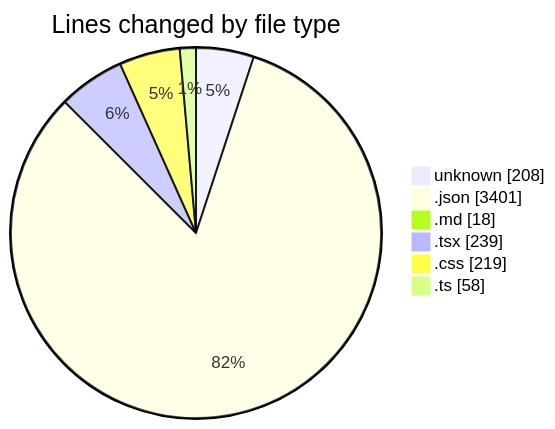
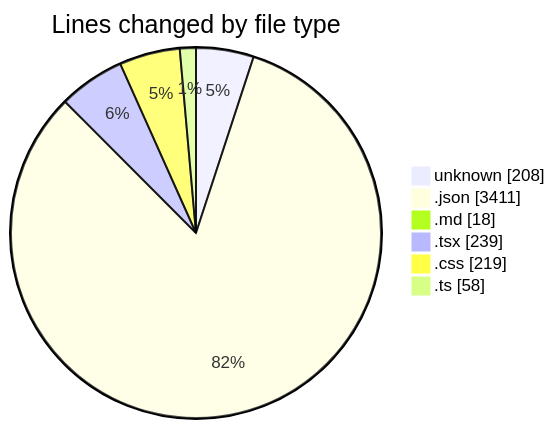
The first of 2 diagrams in 2025-08-07/ribbon/README.md (EIIisD/code-tracking), drawn with Mermaid before and after one commit. The commit also changed other lines of this file and 1 other file, not shown here.

````diff
--- a/2025-08-07/ribbon/README.md
+++ b/2025-08-07/ribbon/README.md
@@ -30,10 +30,10 @@
 ```mermaid
 pie showData
 title Lines changed by file type
 "unknown" : 208
-".json" : 3401
+".json" : 3411
 ".md" : 18
 ".tsx" : 239
 ".css" : 219
 ".ts" : 58
 ```
````
